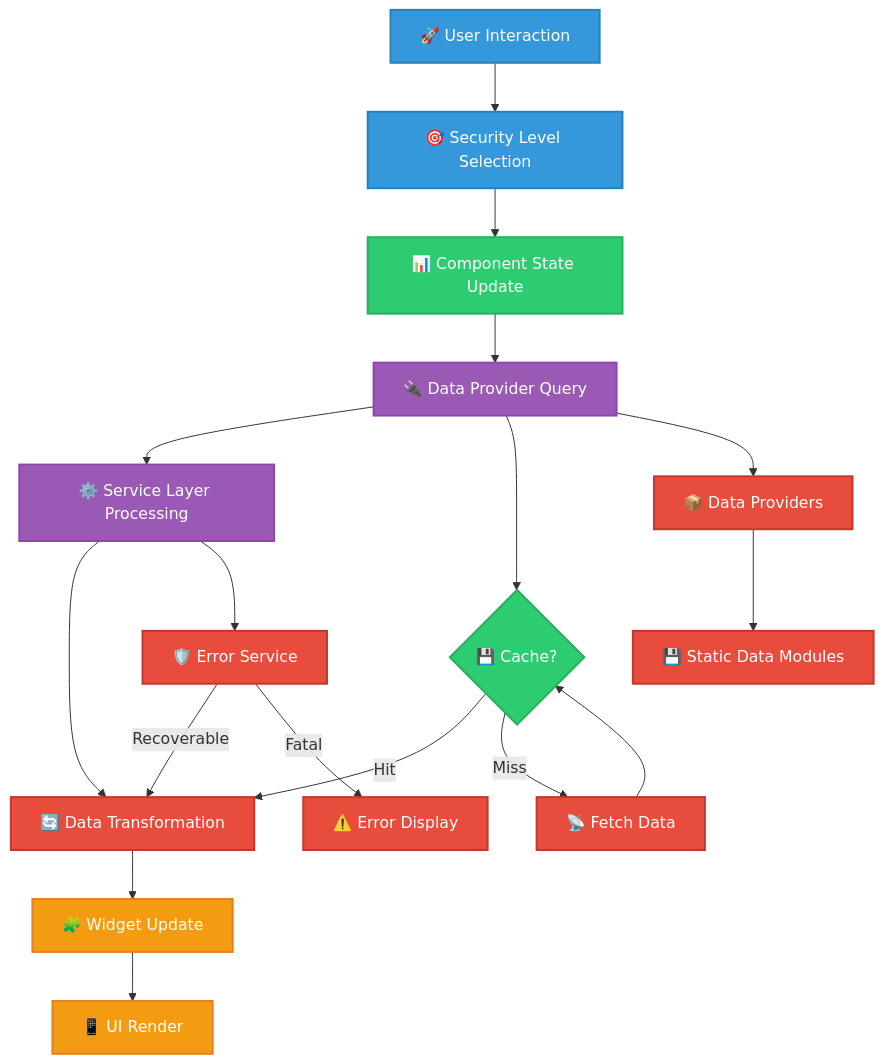
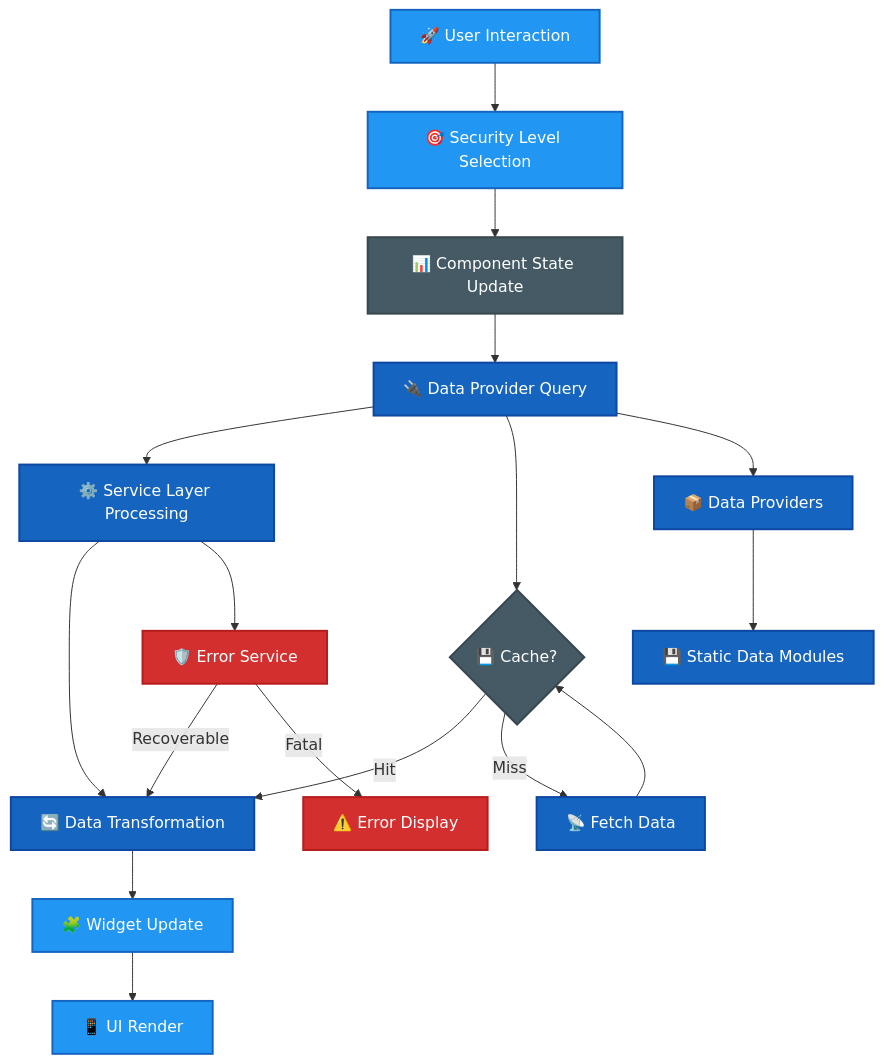
The fourth of 6 diagrams in docs/architecture/DATA_MODEL.md (step-security-bot/cia-compliance-manager), drawn with Mermaid before and after one commit. The commit also changed other lines of this file and 27 other files, not shown here.

First line of the commit message:
fix: resolve broken mermaid diagrams and improve color coding to match ISMS style guide (#1106)

````diff
--- a/docs/architecture/DATA_MODEL.md
+++ b/docs/architecture/DATA_MODEL.md
@@ -1286,36 +1286,36 @@
 ```mermaid
 flowchart TD
     Start[🚀 User Interaction] --> Selection[🎯 Security Level Selection]
     Selection --> State[📊 Component State Update]
     State --> Provider[🔌 Data Provider Query]
     Provider --> Service[⚙️ Service Layer Processing]
     Service --> Transform[🔄 Data Transformation]
     Transform --> Widgets[🧩 Widget Update]
     Widgets --> Display[📱 UI Render]
     
     Provider --> Cache{💾 Cache?}
     Cache -->|Hit| Transform
     Cache -->|Miss| Fetch[📡 Fetch Data]
     Fetch --> Cache
     
     Service --> ErrorSvc[🛡️ Error Service]
     ErrorSvc -->|Recoverable| Transform
     ErrorSvc -->|Fatal| ErrorUI[⚠️ Error Display]
     
     Provider --> DataProv[📦 Data Providers]
     DataProv --> StaticData[💾 Static Data Modules]
     
-    classDef user fill:#3498db,stroke:#2980b9,stroke-width:2px,color:#fff
-    classDef state fill:#2ecc71,stroke:#27ae60,stroke-width:2px,color:#fff
-    classDef service fill:#9b59b6,stroke:#8e44ad,stroke-width:2px,color:#fff
-    classDef data fill:#e74c3c,stroke:#c0392b,stroke-width:2px,color:#fff
-    classDef ui fill:#f39c12,stroke:#e67e22,stroke-width:2px,color:#fff
-    classDef error fill:#e74c3c,stroke:#c0392b,stroke-width:2px,color:#fff
+    classDef user fill:#2196F3,stroke:#1565C0,stroke-width:2px,color:#ffffff
+    classDef state fill:#455A64,stroke:#37474F,stroke-width:2px,color:#ffffff
+    classDef service fill:#1565C0,stroke:#0D47A1,stroke-width:2px,color:#ffffff
+    classDef data fill:#1565C0,stroke:#0D47A1,stroke-width:2px,color:#ffffff
+    classDef ui fill:#2196F3,stroke:#1565C0,stroke-width:2px,color:#ffffff
+    classDef error fill:#D32F2F,stroke:#B71C1C,stroke-width:2px,color:#ffffff
     
     class Start,Selection user
     class State,Cache state
     class Provider,Service service
     class Fetch,Transform,DataProv,StaticData data
     class Widgets,Display ui
     class ErrorSvc,ErrorUI error
 ```
````
